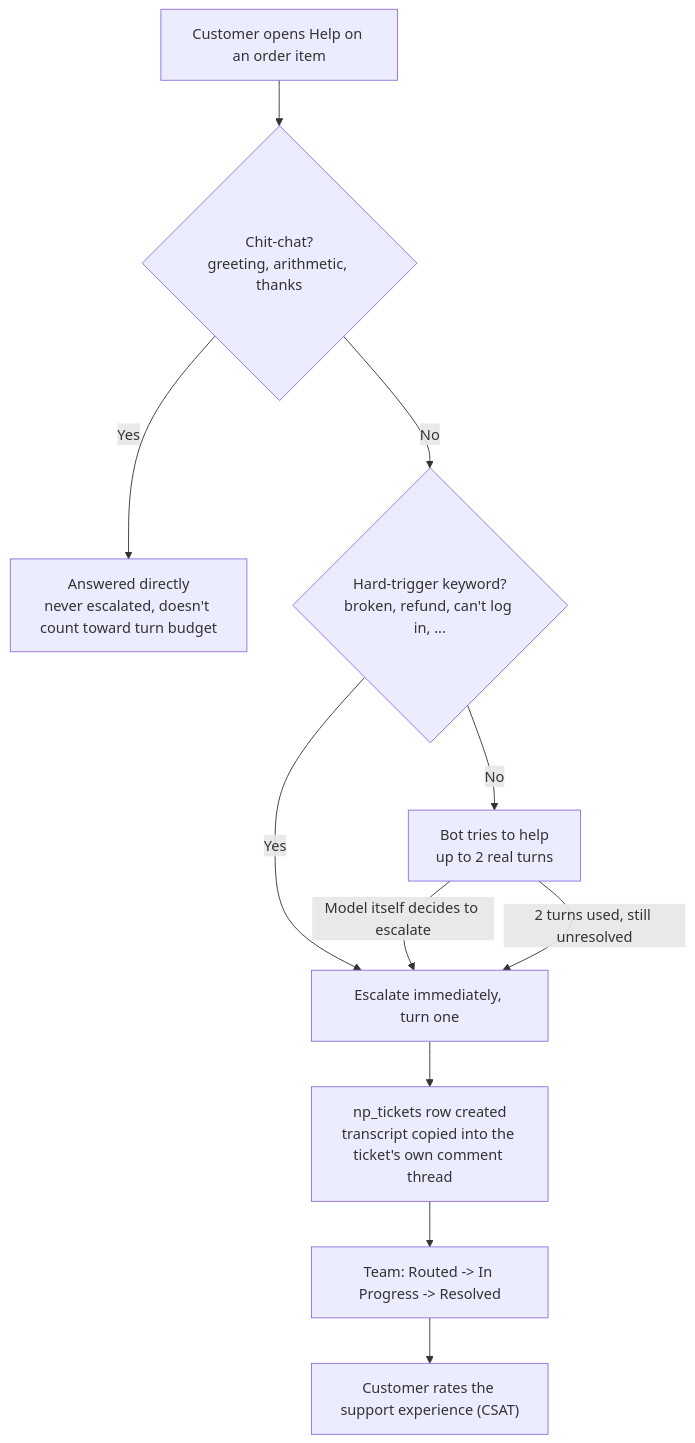
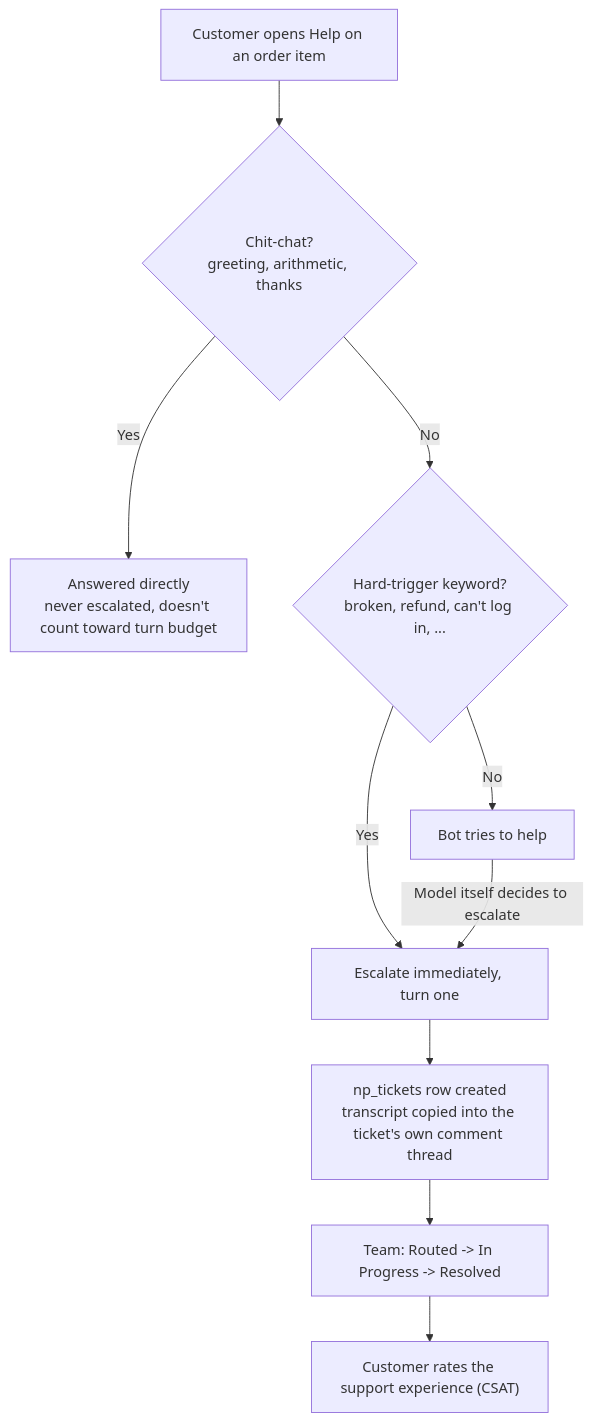
The second of 2 diagrams in README.md (MadhuraCalfus/Port-5), drawn with Mermaid before and after one commit. The commit also changed other lines of this file, not shown here.

````diff
--- a/README.md
+++ b/README.md
@@ -101,13 +101,12 @@
 ```mermaid
 flowchart TD
     A["Customer opens Help on an order item"] --> B{"Chit-chat?\ngreeting, arithmetic, thanks"}
     B -->|"Yes"| C["Answered directly\nnever escalated, doesn't count toward turn budget"]
     B -->|"No"| D{"Hard-trigger keyword?\nbroken, refund, can't log in, ..."}
     D -->|"Yes"| E["Escalate immediately, turn one"]
-    D -->|"No"| F["Bot tries to help\nup to 2 real turns"]
+    D -->|"No"| F["Bot tries to help"]
     F -->|"Model itself decides to escalate"| E
-    F -->|"2 turns used, still unresolved"| E
     E --> G["np_tickets row created\ntranscript copied into the ticket's own comment thread"]
     G --> H["Team: Routed -> In Progress -> Resolved"]
     H --> I["Customer rates the support experience (CSAT)"]
 ```
````
